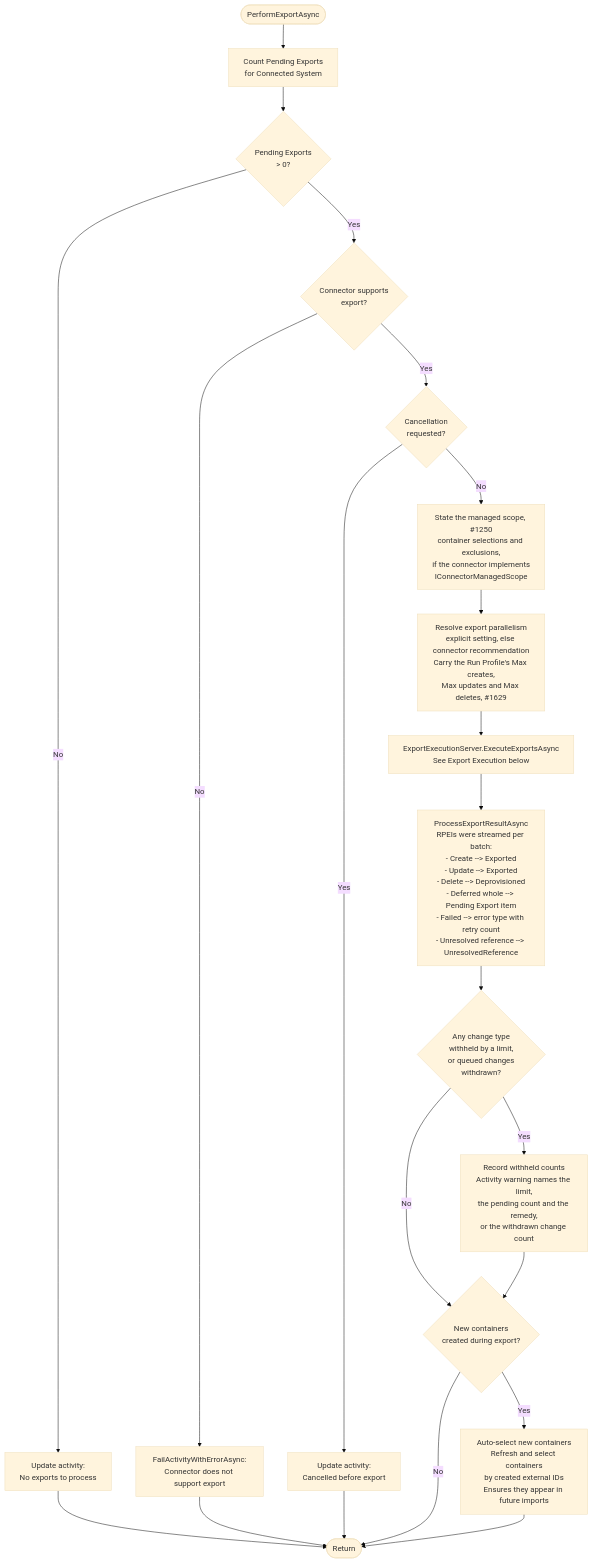
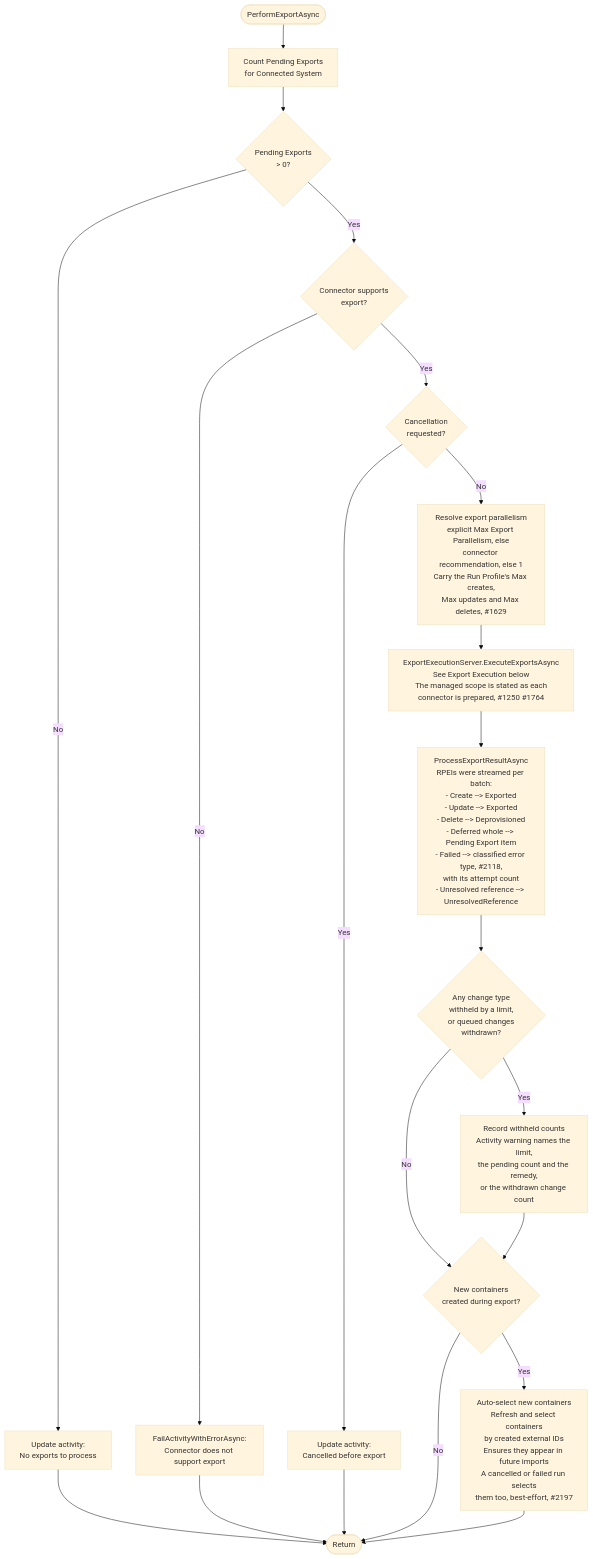
One commit to TetronIO/JIM changed the first of 5 diagrams in engineering/developer/diagrams/EXPORT_EXECUTION_FLOW.md. Above: the diagram before and after it, drawn with Mermaid (base theme). The commit also changed other lines of this file and 61 other files, not shown here.

````diff
--- a/engineering/developer/diagrams/EXPORT_EXECUTION_FLOW.md
+++ b/engineering/developer/diagrams/EXPORT_EXECUTION_FLOW.md
@@ -11,28 +11,27 @@
 ```mermaid
 flowchart TD
     Start([PerformExportAsync]) --> CountPE[Count Pending Exports<br/>for Connected System]
     CountPE --> HasExports{Pending Exports<br/>> 0?}
     HasExports -->|No| NoWork[Update activity:<br/>No exports to process]
     NoWork --> Done([Return])
 
     HasExports -->|Yes| CheckConnector{Connector supports<br/>export?}
     CheckConnector -->|No| FailActivity[FailActivityWithErrorAsync:<br/>Connector does not support export]
     FailActivity --> Done
 
     CheckConnector -->|Yes| CheckCancel{Cancellation<br/>requested?}
     CheckCancel -->|Yes| CancelMsg[Update activity:<br/>Cancelled before export]
     CancelMsg --> Done
 
-    CheckCancel -->|No| StateScope[State the managed scope, #1250<br/>container selections and exclusions,<br/>if the connector implements<br/>IConnectorManagedScope]
-    StateScope --> Options[Resolve export parallelism<br/>explicit setting, else connector recommendation<br/>Carry the Run Profile's Max creates,<br/>Max updates and Max deletes, #1629]
-    Options --> Execute[ExportExecutionServer.ExecuteExportsAsync<br/>See Export Execution below]
-    Execute --> ProcessResult[ProcessExportResultAsync<br/>RPEIs were streamed per batch:<br/>- Create --> Exported<br/>- Update --> Exported<br/>- Delete --> Deprovisioned<br/>- Deferred whole --> Pending Export item<br/>- Failed --> error type with retry count<br/>- Unresolved reference --> UnresolvedReference]
+    CheckCancel -->|No| Options[Resolve export parallelism<br/>explicit Max Export Parallelism, else<br/>connector recommendation, else 1<br/>Carry the Run Profile's Max creates,<br/>Max updates and Max deletes, #1629]
+    Options --> Execute[ExportExecutionServer.ExecuteExportsAsync<br/>See Export Execution below<br/>The managed scope is stated as each<br/>connector is prepared, #1250 #1764]
+    Execute --> ProcessResult[ProcessExportResultAsync<br/>RPEIs were streamed per batch:<br/>- Create --> Exported<br/>- Update --> Exported<br/>- Delete --> Deprovisioned<br/>- Deferred whole --> Pending Export item<br/>- Failed --> classified error type, #2118,<br/>with its attempt count<br/>- Unresolved reference --> UnresolvedReference]
 
     ProcessResult --> Withheld{Any change type<br/>withheld by a limit,<br/>or queued changes<br/>withdrawn?}
     Withheld -->|Yes| WarnWithheld[Record withheld counts<br/>Activity warning names the limit,<br/>the pending count and the remedy,<br/>or the withdrawn change count]
     Withheld -->|No| CheckContainers
     WarnWithheld --> CheckContainers{New containers<br/>created during export?}
-    CheckContainers -->|Yes| AutoSelect[Auto-select new containers<br/>Refresh and select containers<br/>by created external IDs<br/>Ensures they appear in future imports]
+    CheckContainers -->|Yes| AutoSelect[Auto-select new containers<br/>Refresh and select containers<br/>by created external IDs<br/>Ensures they appear in future imports<br/>A cancelled or failed run selects<br/>them too, best-effort, #2197]
     CheckContainers -->|No| Done
     AutoSelect --> Done
 ```
````
